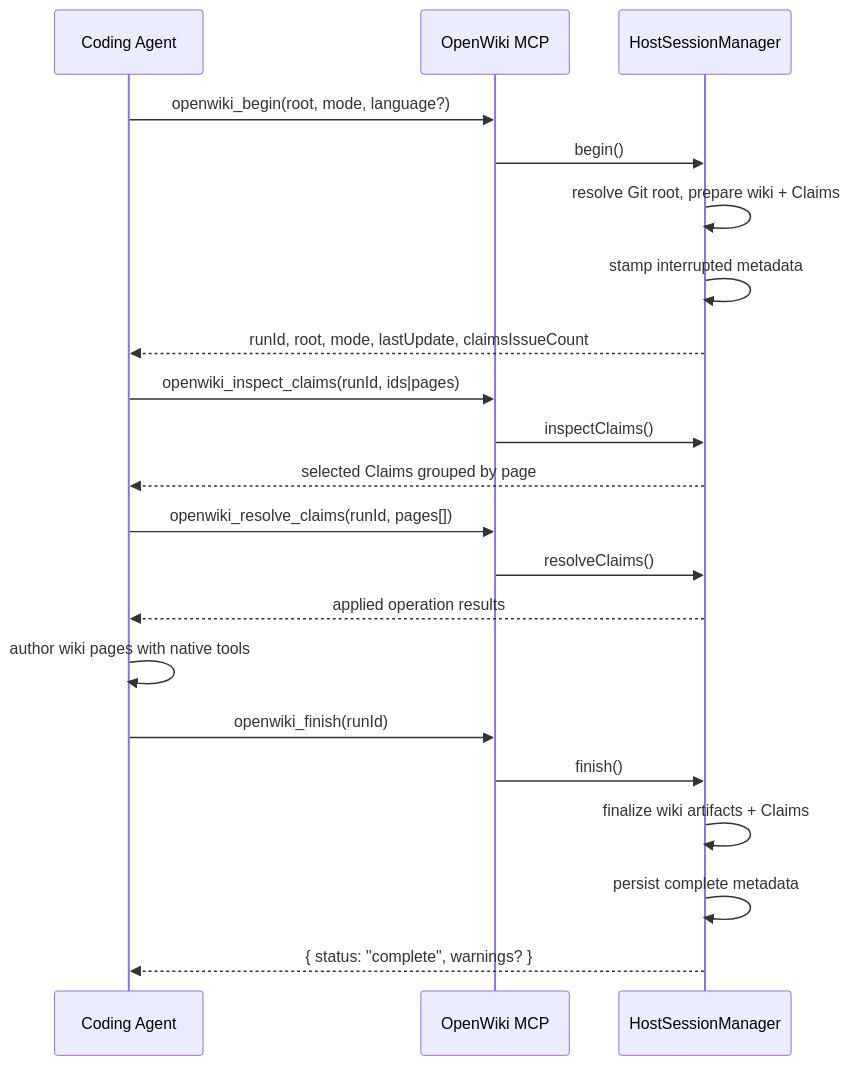
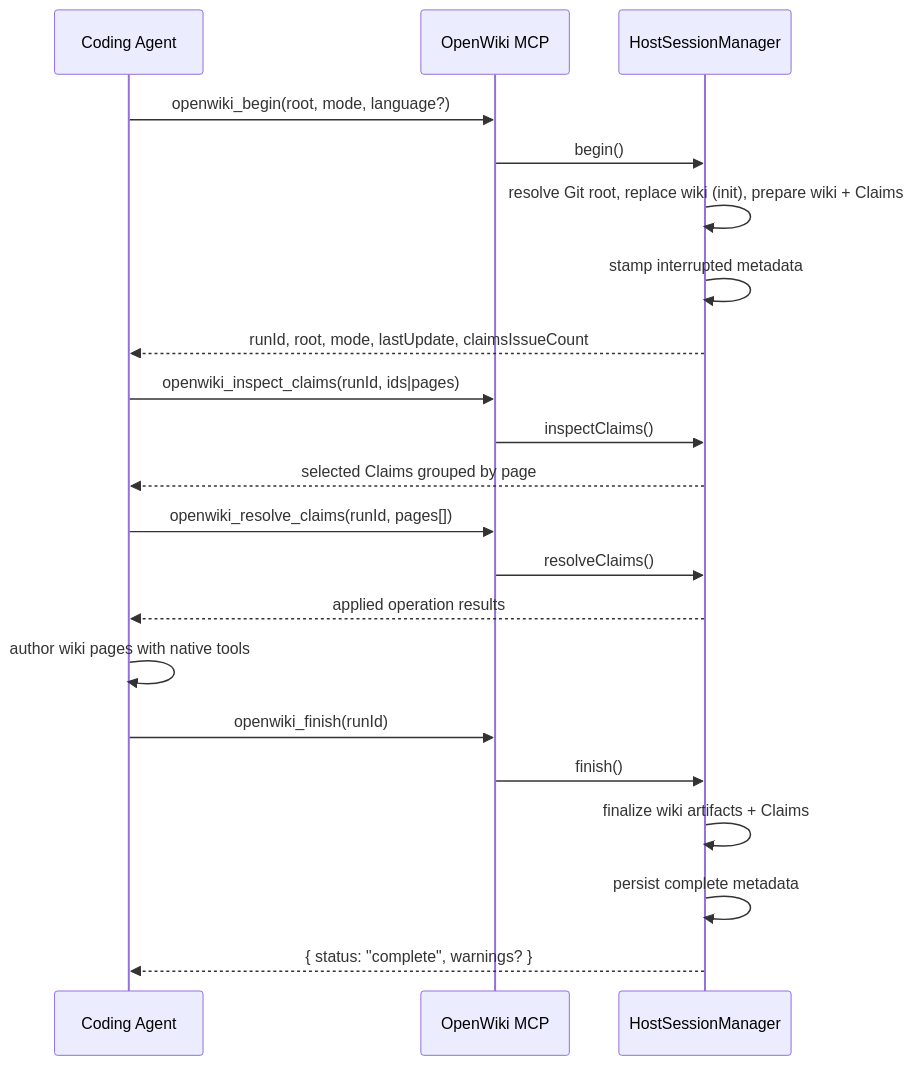
The diagram in openwiki/integrations/coding-agents.md (langchain-ai/openwiki), drawn with Mermaid before and after one commit. The commit also changed other lines of this file and 11 other files, not shown here.

````diff
--- a/openwiki/integrations/coding-agents.md
+++ b/openwiki/integrations/coding-agents.md
@@ -71,23 +71,23 @@
 ```mermaid
 sequenceDiagram
     participant Host as Coding Agent
     participant MCP as OpenWiki MCP
     participant Session as HostSessionManager
     Host->>MCP: openwiki_begin(root, mode, language?)
     MCP->>Session: begin()
-    Session->>Session: resolve Git root, prepare wiki + Claims
+    Session->>Session: resolve Git root, replace wiki (init), prepare wiki + Claims
     Session->>Session: stamp interrupted metadata
     Session-->>Host: runId, root, mode, lastUpdate, claimsIssueCount
     Host->>MCP: openwiki_inspect_claims(runId, ids|pages)
     MCP->>Session: inspectClaims()
     Session-->>Host: selected Claims grouped by page
     Host->>MCP: openwiki_resolve_claims(runId, pages[])
     MCP->>Session: resolveClaims()
     Session-->>Host: applied operation results
     Host->>Host: author wiki pages with native tools
     Host->>MCP: openwiki_finish(runId)
     MCP->>Session: finish()
     Session->>Session: finalize wiki artifacts + Claims
     Session->>Session: persist complete metadata
     Session-->>Host: { status: "complete", warnings? }
 ```
````
